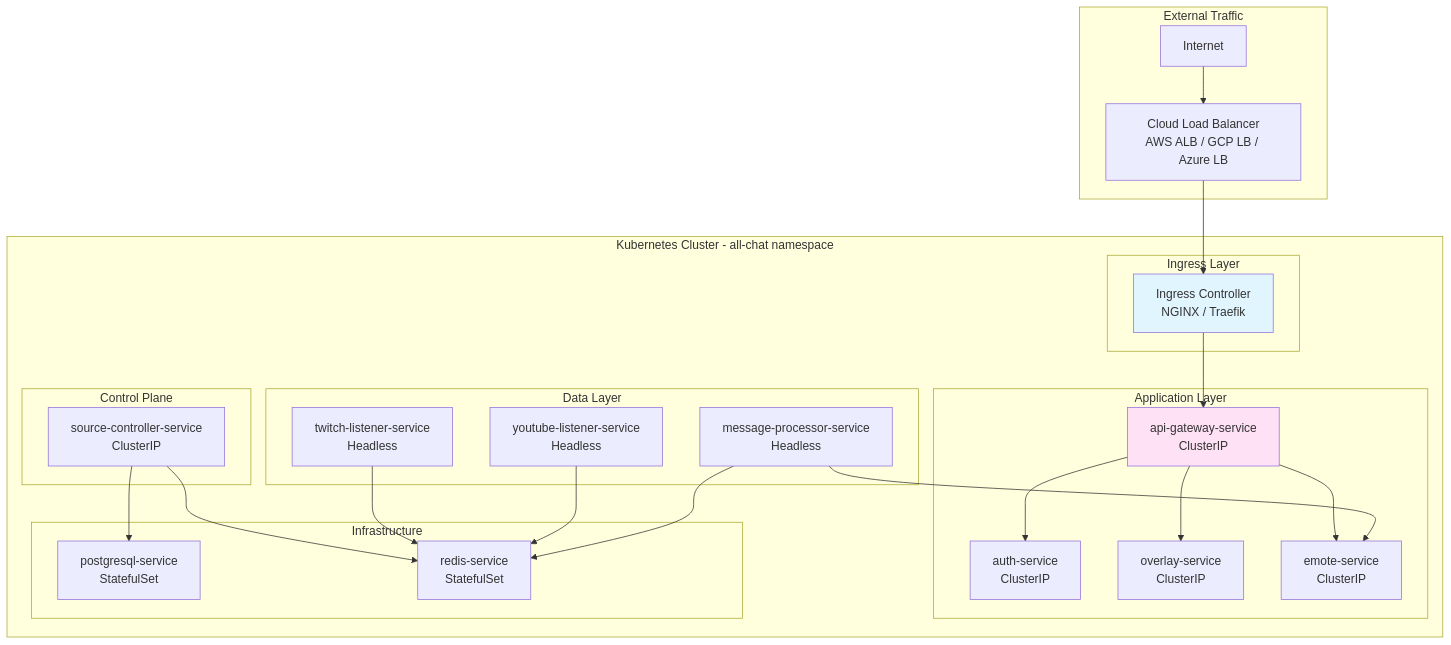
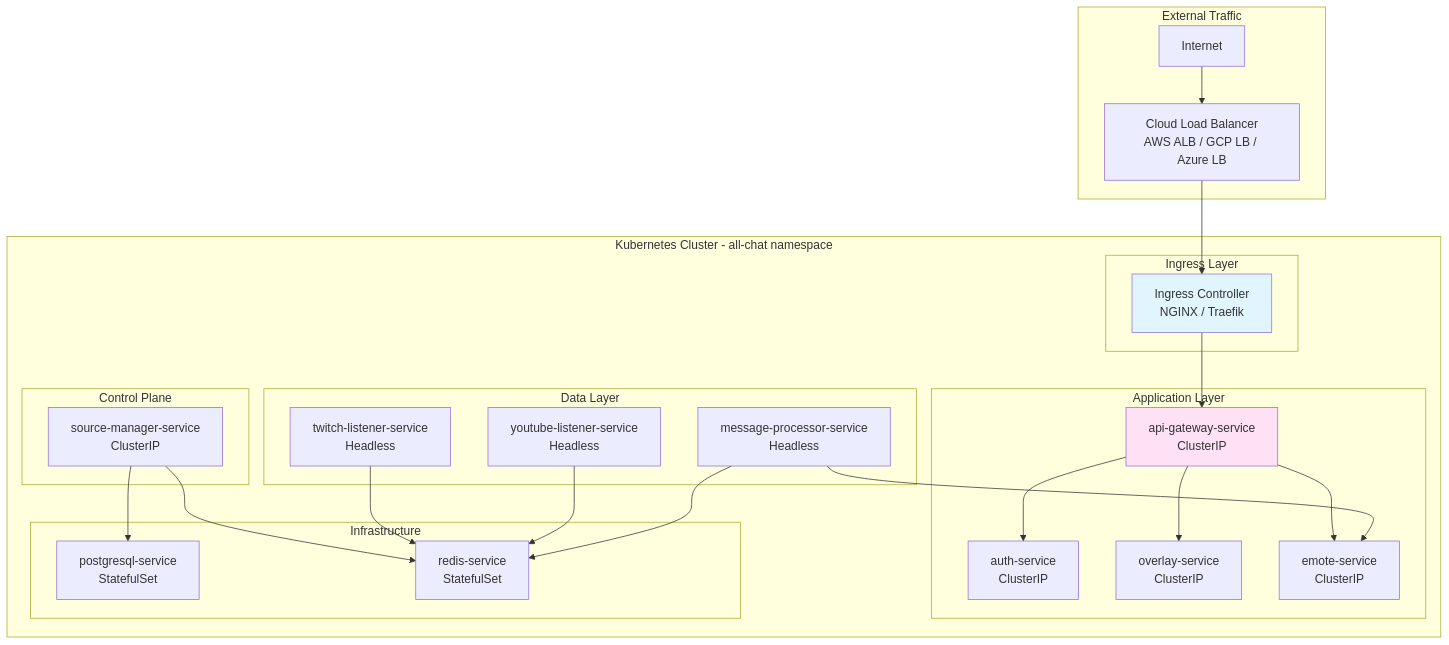
One commit to caesarakalaeii/all-chat changed the diagram in docs/architecture/DEPLOYMENT_KUBERNETES.md. Above: the diagram before and after it, drawn with Mermaid. The commit also changed other lines of this file and 74 other files, not shown here.

````diff
--- a/docs/architecture/DEPLOYMENT_KUBERNETES.md
+++ b/docs/architecture/DEPLOYMENT_KUBERNETES.md
@@ -59,53 +59,53 @@
 ```mermaid
 graph TB
     subgraph "External Traffic"
         INTERNET[Internet]
         LB[Cloud Load Balancer<br/>AWS ALB / GCP LB / Azure LB]
     end
 
     subgraph "Kubernetes Cluster - all-chat namespace"
         subgraph "Ingress Layer"
             INGRESS[Ingress Controller<br/>NGINX / Traefik]
         end
 
         subgraph "Application Layer"
             GW_SVC[api-gateway-service<br/>ClusterIP]
             AUTH_SVC[auth-service<br/>ClusterIP]
             OVM_SVC[overlay-service<br/>ClusterIP]
             EMOTE_SVC[emote-service<br/>ClusterIP]
         end
 
         subgraph "Control Plane"
-            SC_SVC[source-controller-service<br/>ClusterIP]
+            SC_SVC[source-manager-service<br/>ClusterIP]
         end
 
         subgraph "Data Layer"
             TWL_SVC[twitch-listener-service<br/>Headless]
             YTL_SVC[youtube-listener-service<br/>Headless]
             MP_SVC[message-processor-service<br/>Headless]
         end
 
         subgraph "Infrastructure"
             PG_SVC[postgresql-service<br/>StatefulSet]
             RD_SVC[redis-service<br/>StatefulSet]
         end
     end
 
     INTERNET --> LB
     LB --> INGRESS
     INGRESS --> GW_SVC
     GW_SVC --> AUTH_SVC
     GW_SVC --> OVM_SVC
     GW_SVC --> EMOTE_SVC
 
     SC_SVC --> RD_SVC
     SC_SVC --> PG_SVC
 
     TWL_SVC --> RD_SVC
     YTL_SVC --> RD_SVC
     MP_SVC --> RD_SVC
     MP_SVC --> EMOTE_SVC
 
     style GW_SVC fill:#ffe1f5
     style INGRESS fill:#e1f5ff
 ```
````
